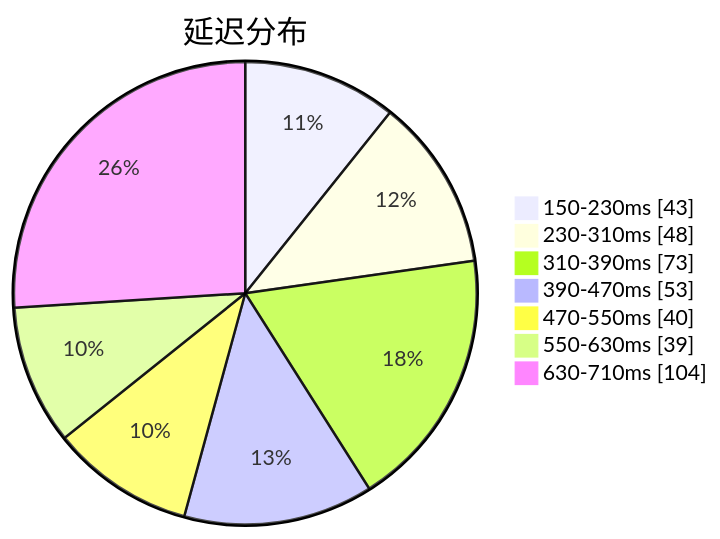
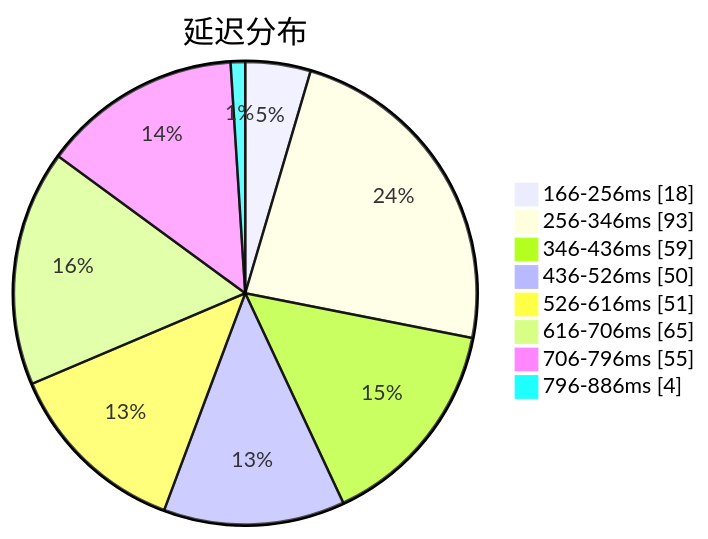
Before and after one commit to qjlxg/airport: the first of 3 diagrams in subs/statistics/tested_within.md, drawn with Mermaid. The commit also changed other lines of this file and 2 other files, not shown here.

Commit message:
Tested by metaST

````diff
--- a/subs/statistics/tested_within.md
+++ b/subs/statistics/tested_within.md
@@ -2,11 +2,12 @@
 ```mermaid
 pie showData
 title 延迟分布
-"150-230ms" : 43
-"230-310ms" : 48
-"310-390ms" : 73
-"390-470ms" : 53
-"470-550ms" : 40
-"550-630ms" : 39
-"630-710ms" : 104
+"166-256ms" : 18
+"256-346ms" : 93
+"346-436ms" : 59
+"436-526ms" : 50
+"526-616ms" : 51
+"616-706ms" : 65
+"706-796ms" : 55
+"796-886ms" : 4
 ```
````
